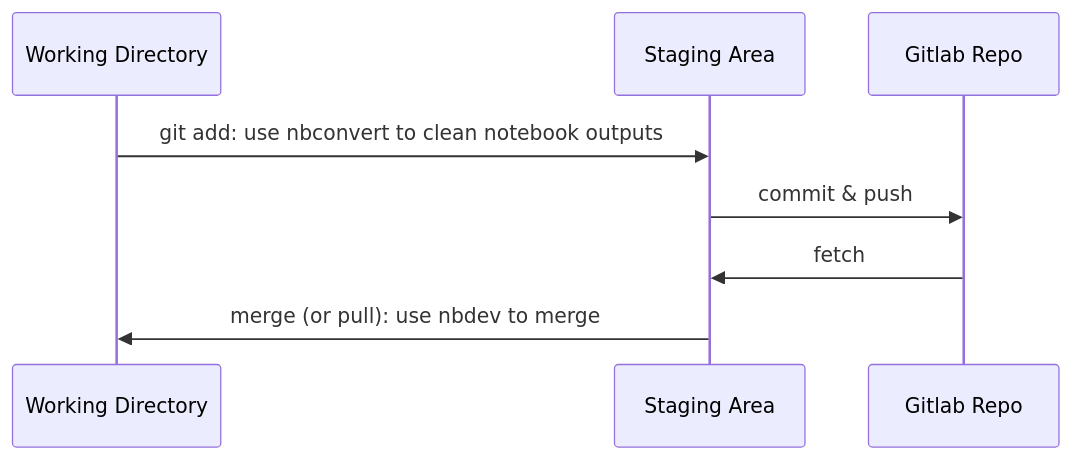
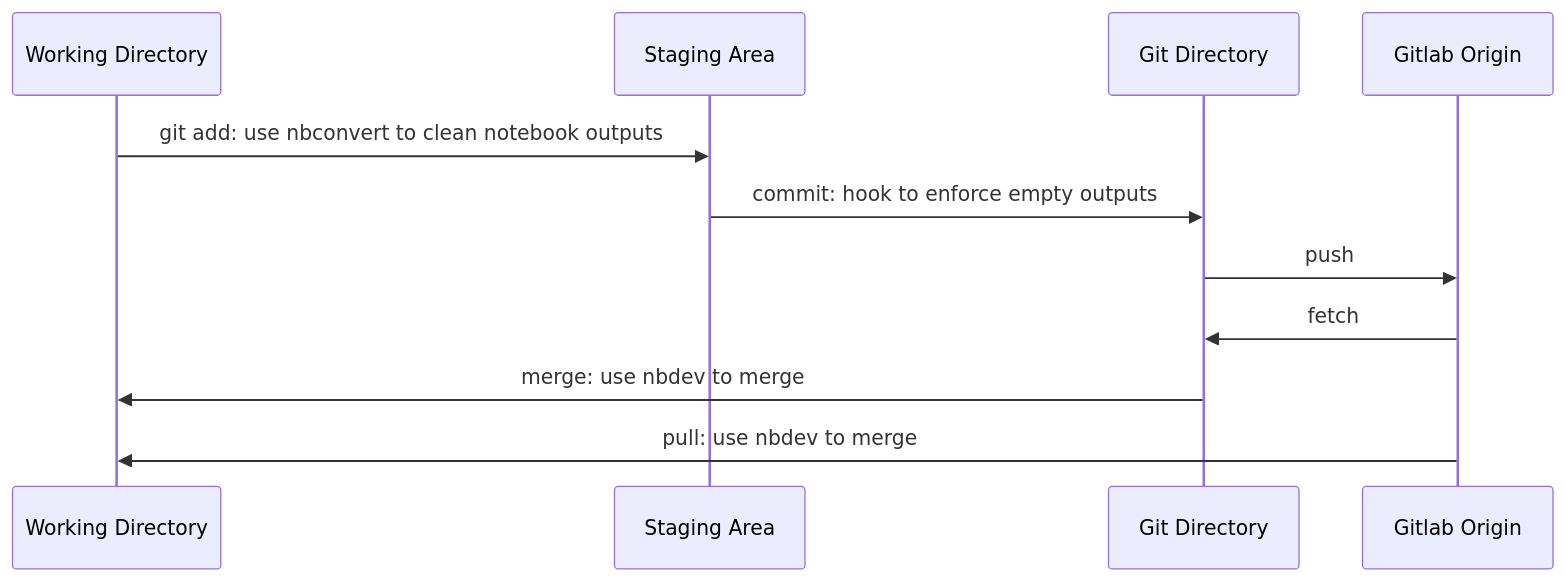
The diagram in README.md (saemeon/ipynb_output_strip_pre_commit), drawn with Mermaid before and after one commit. The commit also changed other lines of this file, not shown here.

````diff
--- a/README.md
+++ b/README.md
@@ -110,7 +44,9 @@
-  ```mermaid
-    sequenceDiagram
-    Working Directory->>Staging Area: git add: use nbconvert to clean notebook outputs
-    Staging Area->>Gitlab Repo: commit & push
-    Gitlab Repo->>Staging Area: fetch
-    Staging Area->> Working Directory: merge (or pull): use nbdev to merge
-  ```
+```mermaid
+  sequenceDiagram
+  Working Directory->>Staging Area: git add: use nbconvert to clean notebook outputs
+  Staging Area->>Git Directory: commit: hook to enforce empty outputs
+  Git Directory->>Gitlab Origin: push
+  Gitlab Origin->>Git Directory: fetch
+  Git Directory->>Working Directory: merge: use nbdev to merge
+  Gitlab Origin->> Working Directory:pull: use nbdev to merge
+```
````
